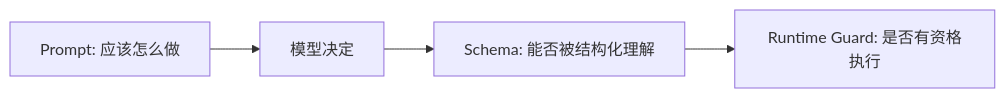
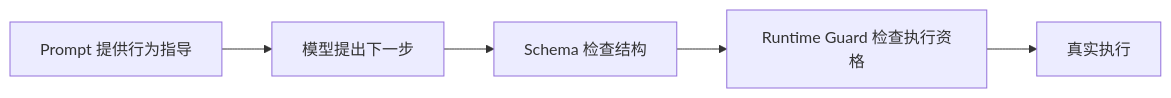
Before and after one commit to Arthur999459up/GitAgent: the tenth of 12 diagrams in docs/13-application-config-and-prompts.md, drawn with Mermaid. The commit also changed other lines of this file and 16 other files, not shown here.

````diff
--- a/docs/13-application-config-and-prompts.md
+++ b/docs/13-application-config-and-prompts.md
@@ -295,6 +477,7 @@
 ```mermaid
 flowchart LR
-    P[Prompt: 应该怎么做] --> M[模型决定]
-    M --> S[Schema: 能否被结构化理解]
-    S --> G[Runtime Guard: 是否有资格执行]
+    P[Prompt 提供行为指导] --> M[模型提出下一步]
+    M --> S[Schema 检查结构]
+    S --> G[Runtime Guard 检查执行资格]
+    G --> E[真实执行]
 ```
````
